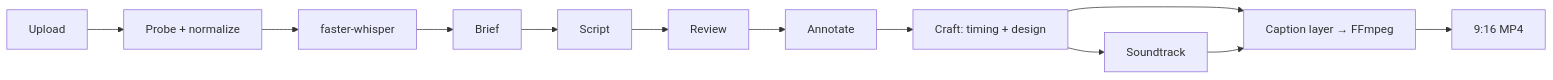
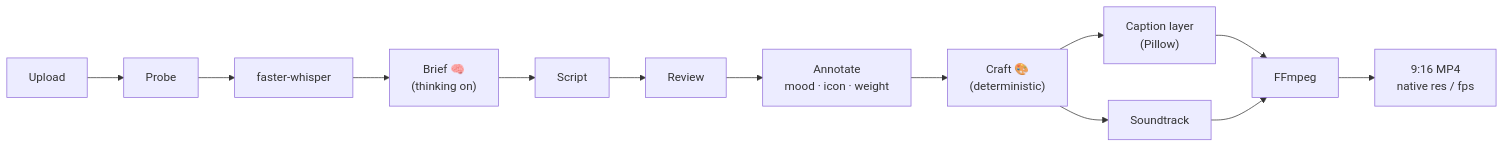
The diagram in README.md (imrrohitt/Kalki), drawn with Mermaid before and after one commit. The commit also changed other lines of this file and 1 other file, not shown here.

````diff
--- a/README.md
+++ b/README.md
@@ -188,14 +64,15 @@
 ```mermaid
 flowchart LR
-  A[Upload] --> B[Probe + normalize]
+  A[Upload] --> B[Probe]
   B --> C[faster-whisper]
-  C --> D[Brief]
+  C --> D["Brief 🧠<br/>(thinking on)"]
   D --> E[Script]
   E --> F[Review]
-  F --> G[Annotate]
-  G --> H[Craft: timing + design]
-  H --> I[Caption layer → FFmpeg]
+  F --> G[Annotate<br/>mood · icon · weight]
+  G --> H["Craft 🎨<br/>(deterministic)"]
+  H --> I["Caption layer<br/>(Pillow)"]
   H --> J[Soundtrack]
-  J --> I
-  I --> K["9:16 MP4"]
+  I --> K[FFmpeg]
+  J --> K
+  K --> L["9:16 MP4<br/>native res / fps"]
 ```
````
